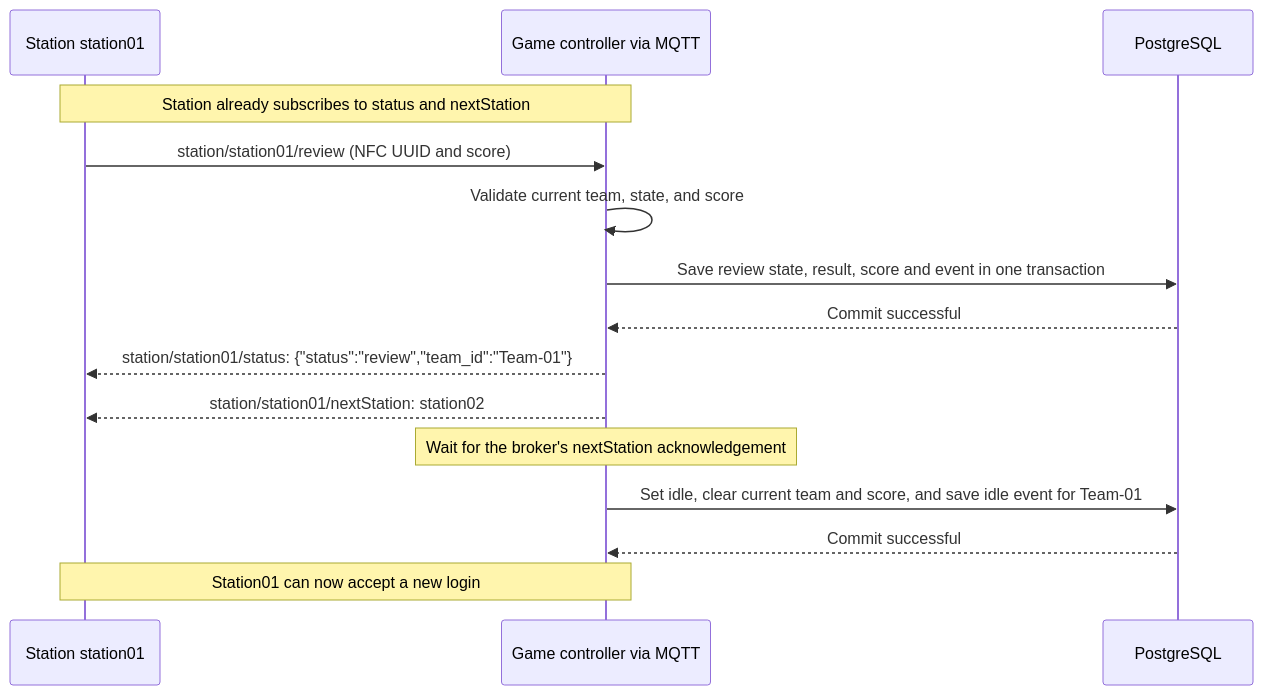
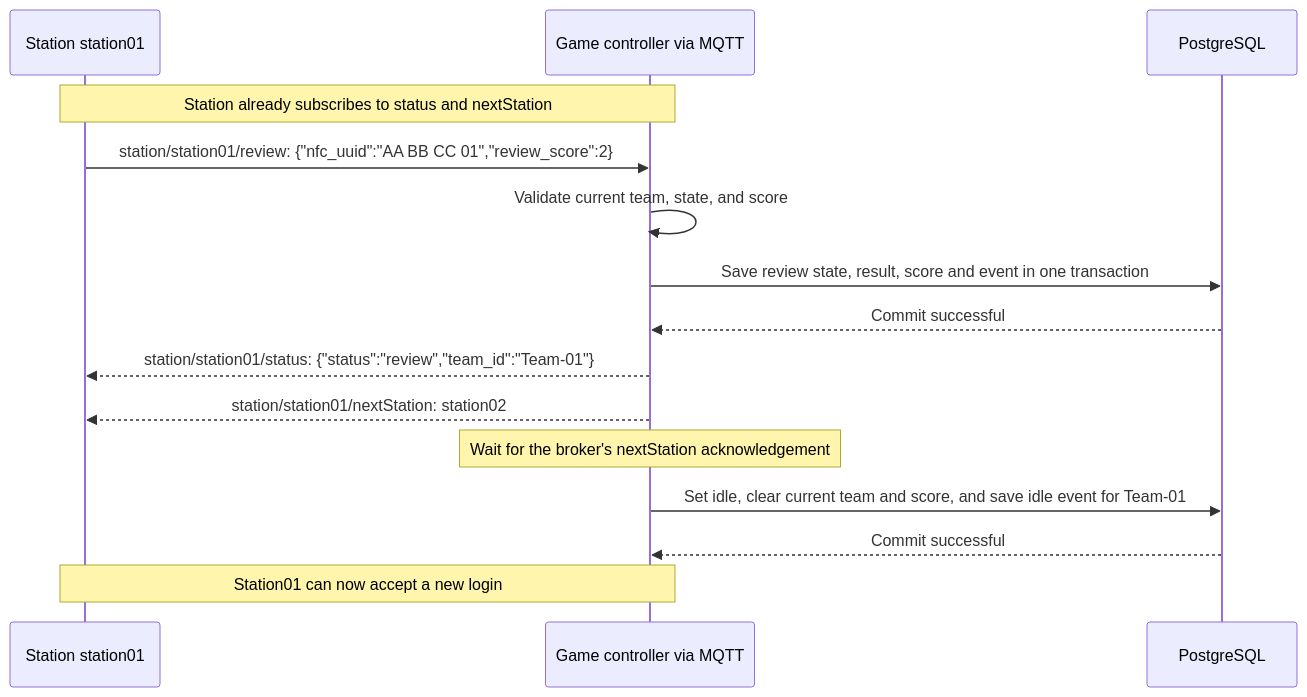
One commit to GnomUltras/backend changed the fourth of 6 diagrams in README.md. Above: the diagram before and after it, drawn with Mermaid. The commit also changed other lines of this file and 3 other files, not shown here.

````diff
--- a/README.md
+++ b/README.md
@@ -296,18 +319,18 @@
 ```mermaid
 sequenceDiagram
     participant S as Station station01
     participant C as Game controller via MQTT
     participant D as PostgreSQL
 
     Note over S,C: Station already subscribes to status and nextStation
-    S->>C: station/station01/review (NFC UUID and score)
+    S->>C: station/station01/review: {"nfc_uuid":"AA BB CC 01","review_score":2}
     C->>C: Validate current team, state, and score
     C->>D: Save review state, result, score and event in one transaction
     D-->>C: Commit successful
     C-->>S: station/station01/status: {"status":"review","team_id":"Team-01"}
     C-->>S: station/station01/nextStation: station02
     Note over C: Wait for the broker's nextStation acknowledgement
     C->>D: Set idle, clear current team and score, and save idle event for Team-01
     D-->>C: Commit successful
     Note over S,C: Station01 can now accept a new login
 ```
````
